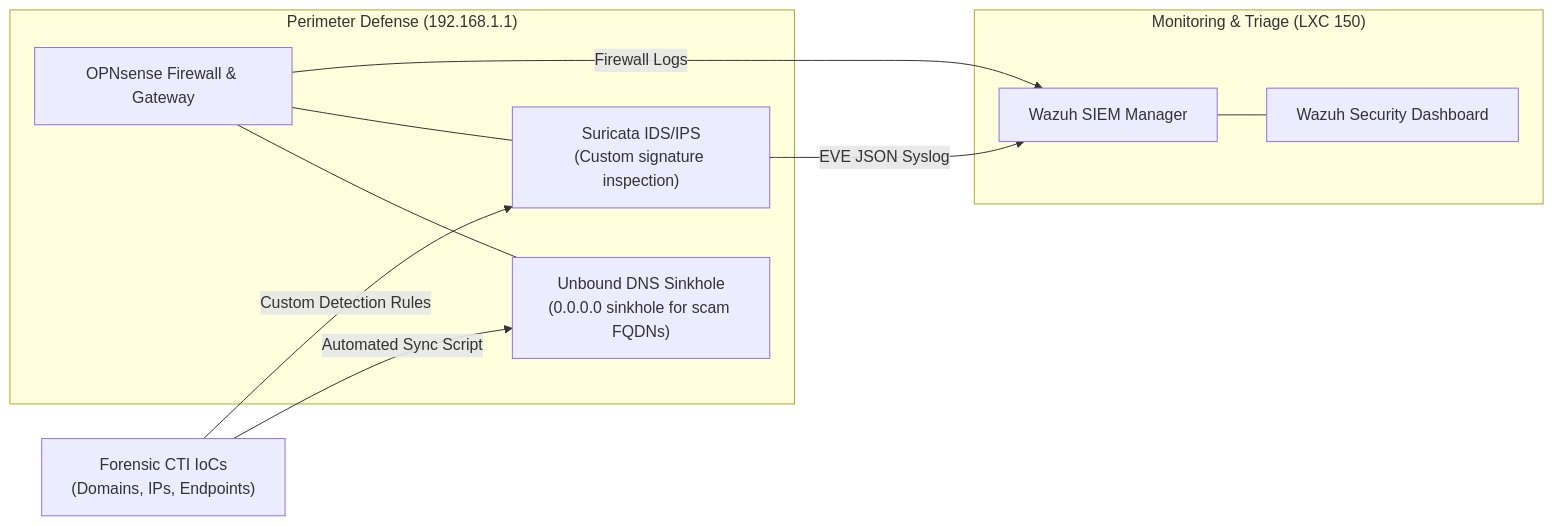
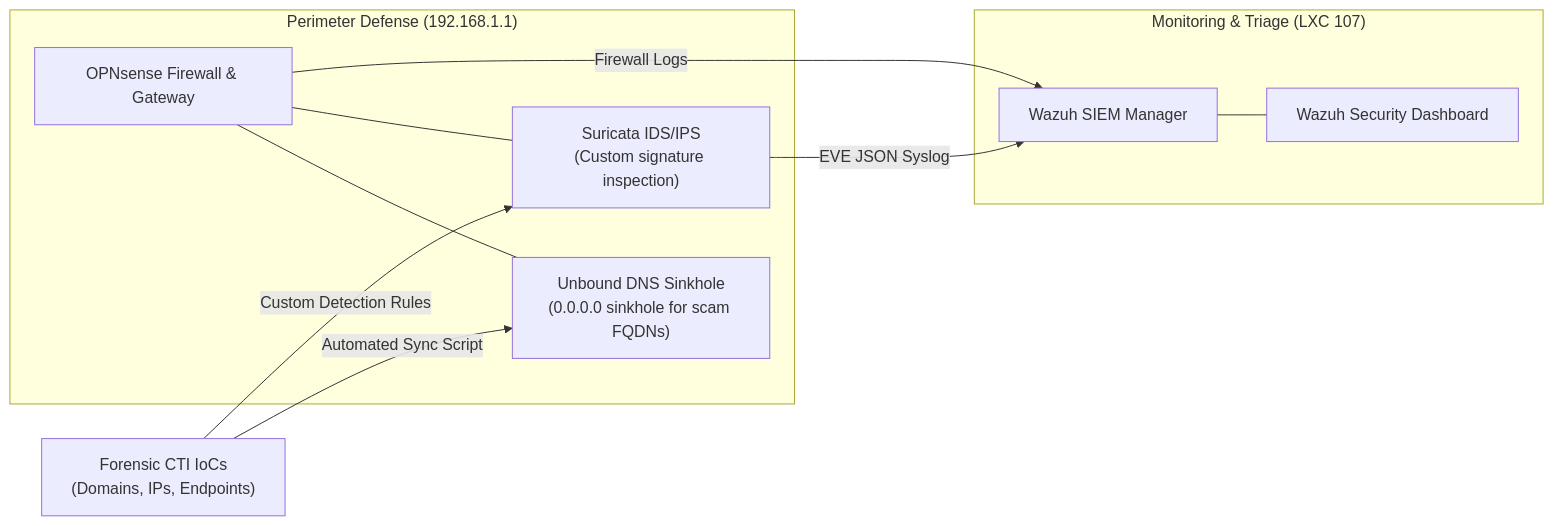
The second of 3 diagrams in cyber/README.md (stefanutc1/infrastructure), drawn with Mermaid before and after one commit. The commit also changed other lines of this file and 10 other files, not shown here.

````diff
--- a/cyber/README.md
+++ b/cyber/README.md
@@ -152,23 +152,23 @@
 ```mermaid
 flowchart LR
     CTI["Forensic CTI IoCs<br/>(Domains, IPs, Endpoints)"]
     
     subgraph PERIMETER["Perimeter Defense (192.168.1.1)"]
         OPN["OPNsense Firewall & Gateway"]
         UNBOUND["Unbound DNS Sinkhole<br/>(0.0.0.0 sinkhole for scam FQDNs)"]
         SURICATA["Suricata IDS/IPS<br/>(Custom signature inspection)"]
         OPN --- UNBOUND
         OPN --- SURICATA
     end
 
-    subgraph SIEM["Monitoring & Triage (LXC 150)"]
+    subgraph SIEM["Monitoring & Triage (LXC 107)"]
         WAZUH["Wazuh SIEM Manager"]
         DASH["Wazuh Security Dashboard"]
         WAZUH --- DASH
     end
 
     CTI -->|Automated Sync Script| UNBOUND
     CTI -->|Custom Detection Rules| SURICATA
     SURICATA -->|EVE JSON Syslog| WAZUH
     OPN -->|Firewall Logs| WAZUH
 ```
````
